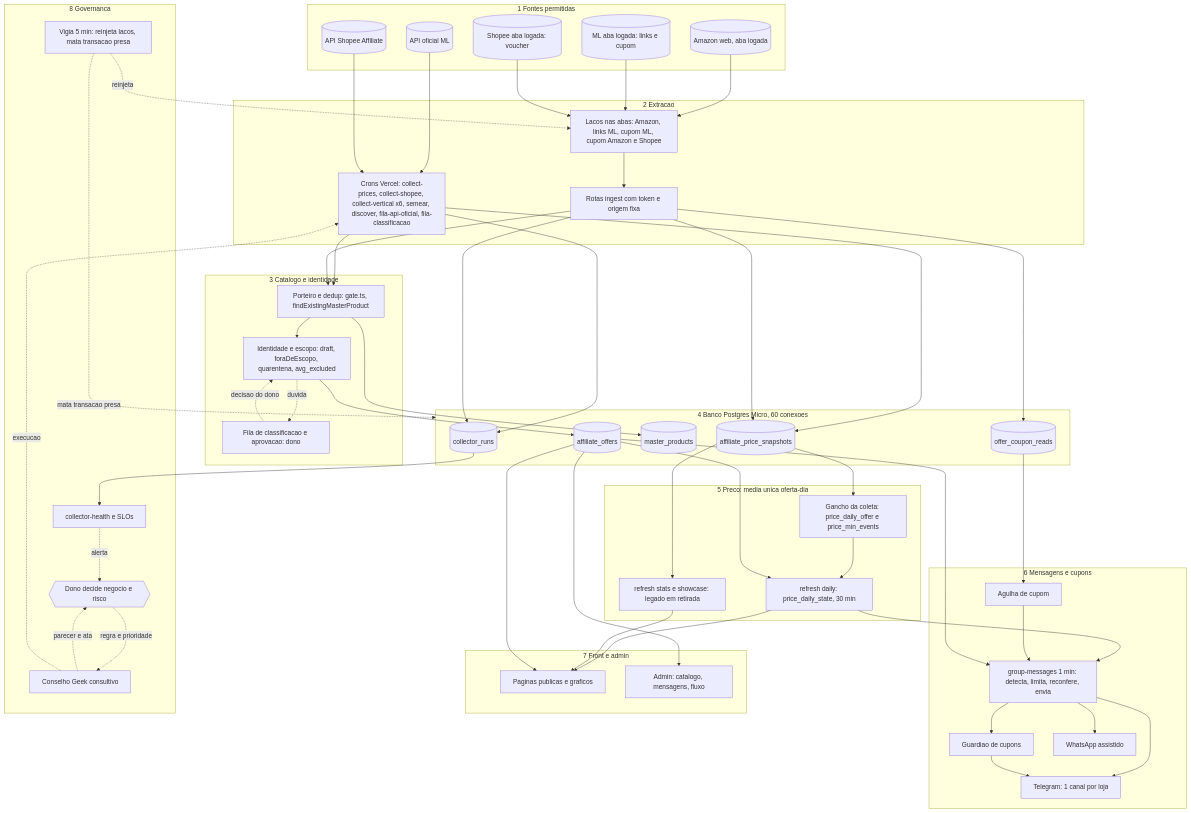
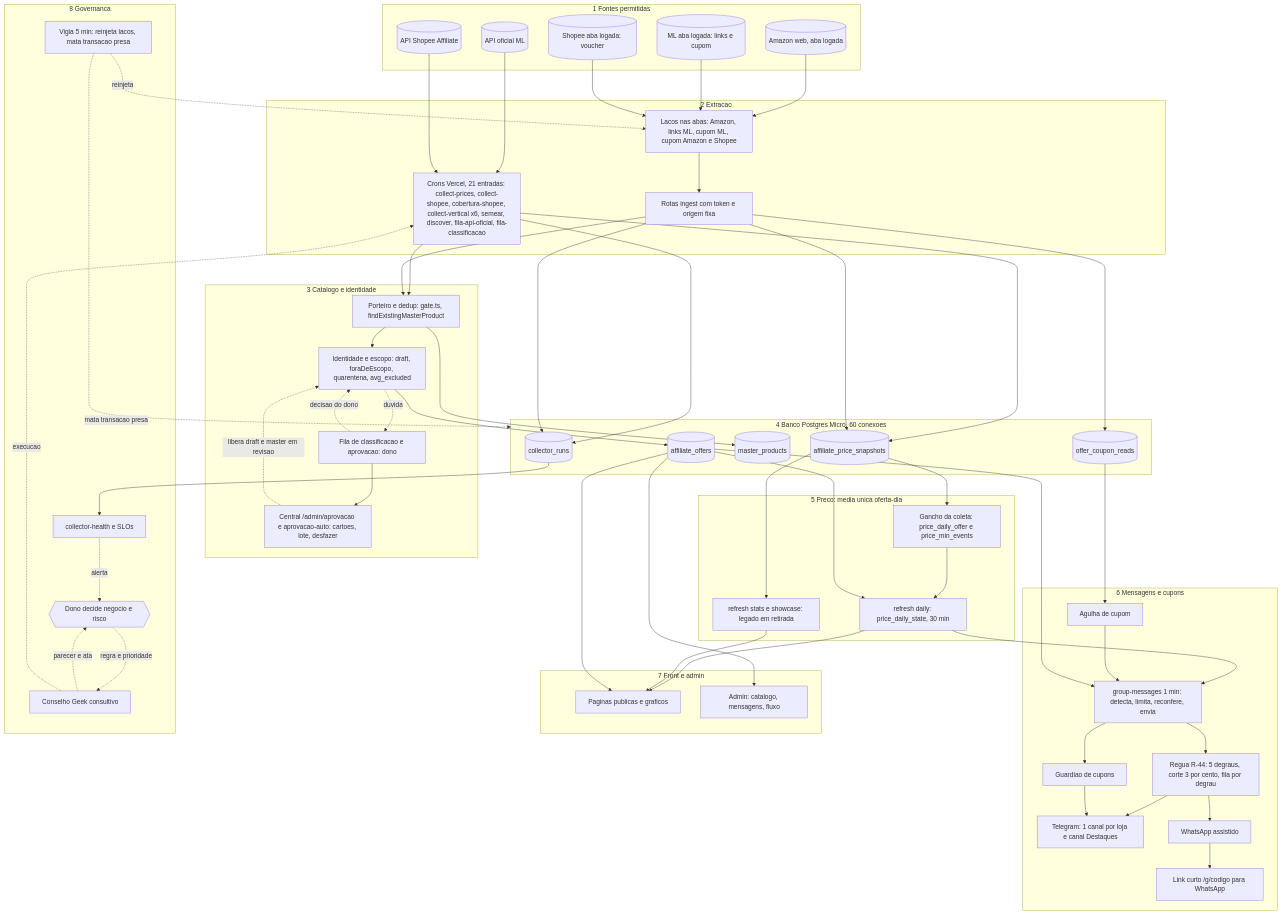
One commit to Renatoassis86/egeek86 changed the diagram in docs/03-metodologia/FLUXO_MESTRE.md. Above: the diagram before and after it, drawn with Mermaid. The commit also changed other lines of this file and 11 other files, not shown here.

Commit message:
Guia Mestre v1.1: arquitetura atualizada (aprovacao, regua, link curto, ingestao Shopee, incidentes, SLOs), decisoes da secao 9 executadas so no reversivel, PDFs regenerados, menu do Observatorio removido

```diff
--- a/docs/03-metodologia/FLUXO_MESTRE.md
+++ b/docs/03-metodologia/FLUXO_MESTRE.md
@@ -34,7 +35,7 @@
   end
 
   subgraph EXTR[2 Extracao]
-    CRON[Crons Vercel: collect-prices, collect-shopee, collect-vertical x6, semear, discover, fila-api-oficial, fila-classificacao]
+    CRON[Crons Vercel, 21 entradas: collect-prices, collect-shopee, cobertura-shopee, collect-vertical x6, semear, discover, fila-api-oficial, fila-classificacao]
     LOOPS[Lacos nas abas: Amazon, links ML, cupom ML, cupom Amazon e Shopee]
     ING[Rotas ingest com token e origem fixa]
   end
@@ -43,6 +44,7 @@
     GATE[Porteiro e dedup: gate.ts, findExistingMasterProduct]
     IDENT[Identidade e escopo: draft, foraDeEscopo, quarentena, avg_excluded]
     FILAID[Fila de classificacao e aprovacao: dono]
+    CENTRAL[Central /admin/aprovacao e aprovacao-auto: cartoes, lote, desfazer]
   end
 
   subgraph BANCO[4 Banco Postgres Micro, 60 conexoes]
@@ -63,7 +65,9 @@
     AGULHA[Agulha de cupom]
     GM[group-messages 1 min: detecta, limita, reconfere, envia]
     GUARD[Guardiao de cupons]
-    TG[Telegram: 1 canal por loja]
+    REGUA[Regua R-44: 5 degraus, corte 3 por cento, fila por degrau]
+    TG[Telegram: 1 canal por loja e canal Destaques]
+    SHORT[Link curto /g/codigo para WhatsApp]
     WA[WhatsApp assistido]
   end
 
@@ -91,6 +95,8 @@
   GATE --> MP
   IDENT -. duvida .-> FILAID
   FILAID -. decisao do dono .-> IDENT
+  FILAID --> CENTRAL
+  CENTRAL -. libera draft e master em revisao .-> IDENT
   CRON --> SNAP
   ING --> SNAP
   ING --> OCR
@@ -103,8 +109,8 @@
   DAILY --> GM
   AGULHA --> GM
   OFF --> GM
-  GM --> TG
-  GM --> WA
+  GM --> REGUA --> TG
+  REGUA --> WA --> SHORT
   GM --> GUARD --> TG
   DAILY --> PUB
   LEG --> PUB
```
